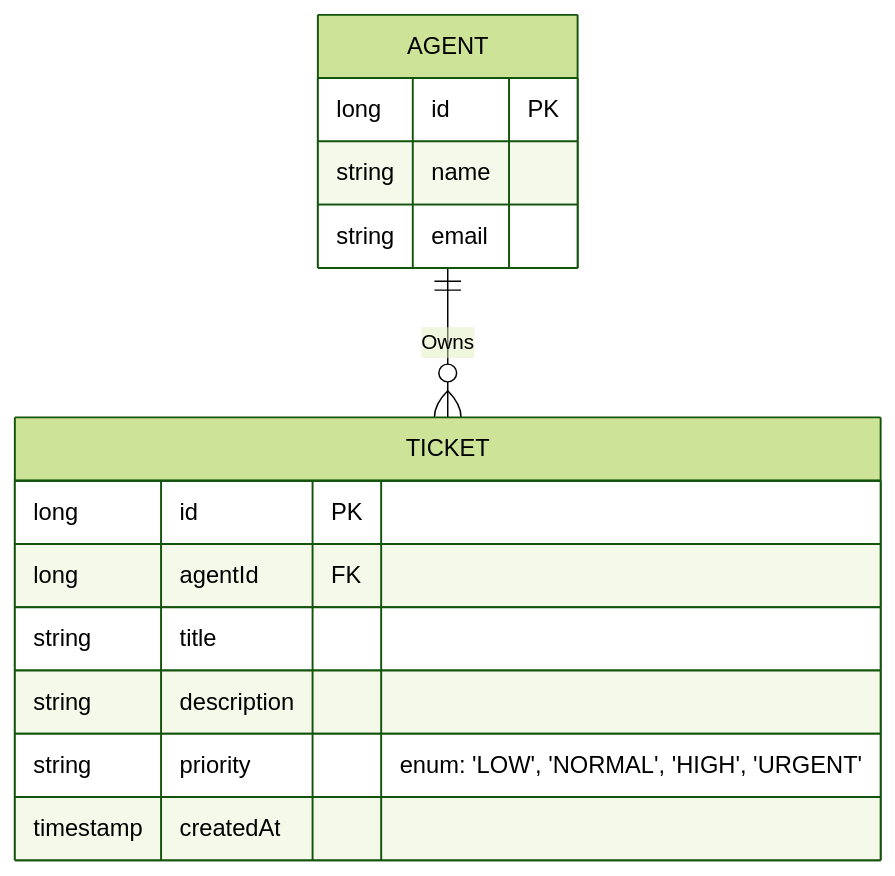
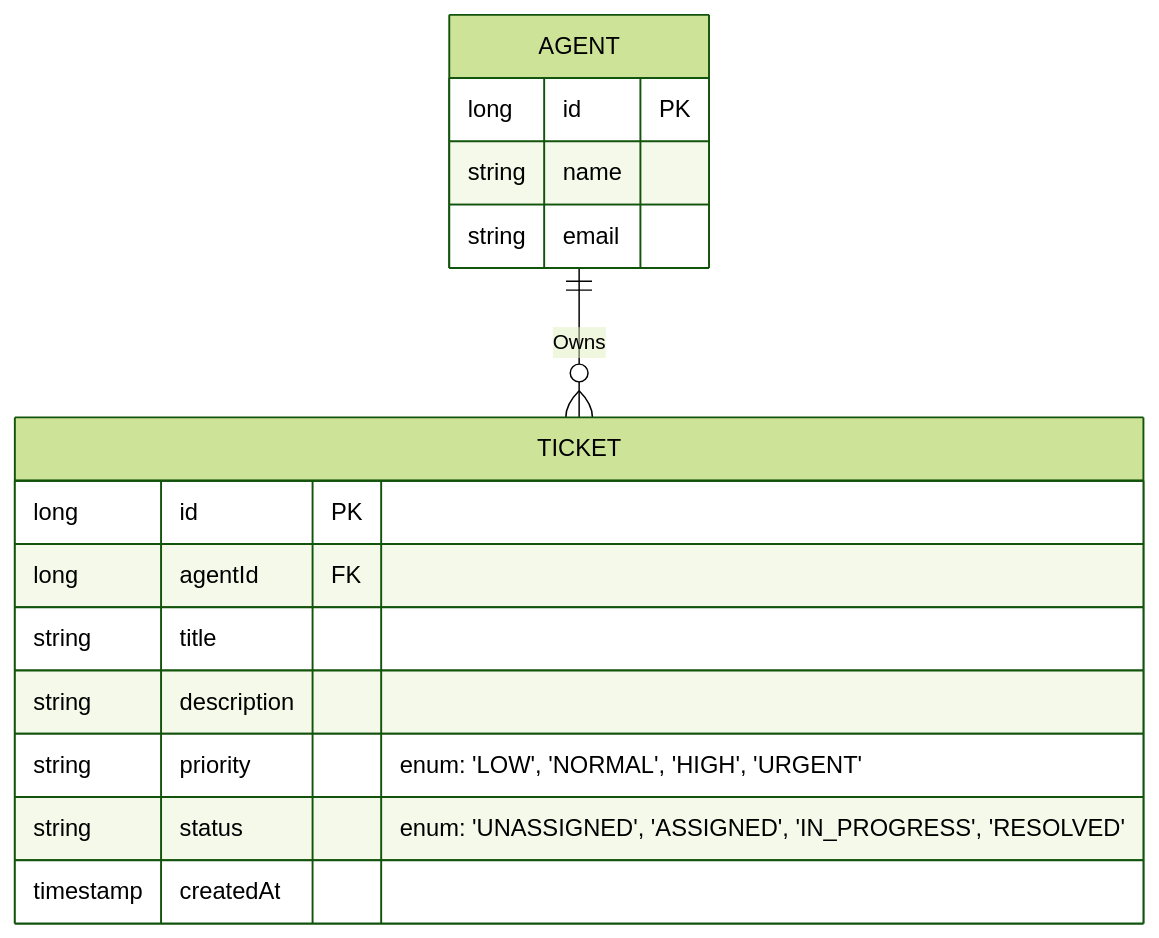
Before and after one commit to astontech/mentee-hackathon-help-desk: the diagram in docs/design.md, drawn with Mermaid (forest theme).

Commit message:
update the design doc erd to include ticket status

````diff
--- a/docs/design.md
+++ b/docs/design.md
@@ -68,17 +68,18 @@
 ```mermaid
 erDiagram
     AGENT || --o{ TICKET : Owns
     AGENT {
         long id PK
         string name 
         string email
     }
     TICKET {
         long id PK
         long agentId FK
         string title
         string description
         string priority "enum: 'LOW', 'NORMAL', 'HIGH', 'URGENT'"
+        string status "enum: 'UNASSIGNED', 'ASSIGNED', 'IN_PROGRESS', 'RESOLVED'"
         timestamp createdAt
     }
 ```
````
